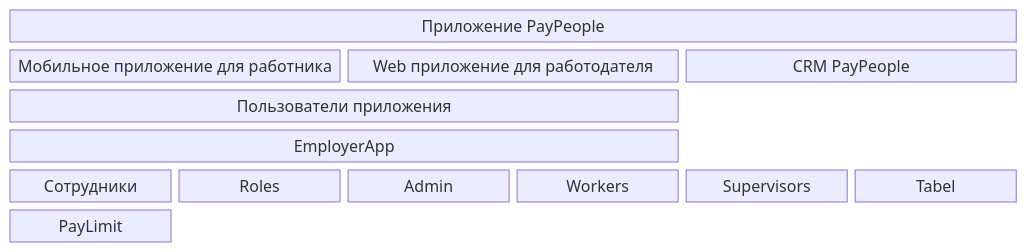
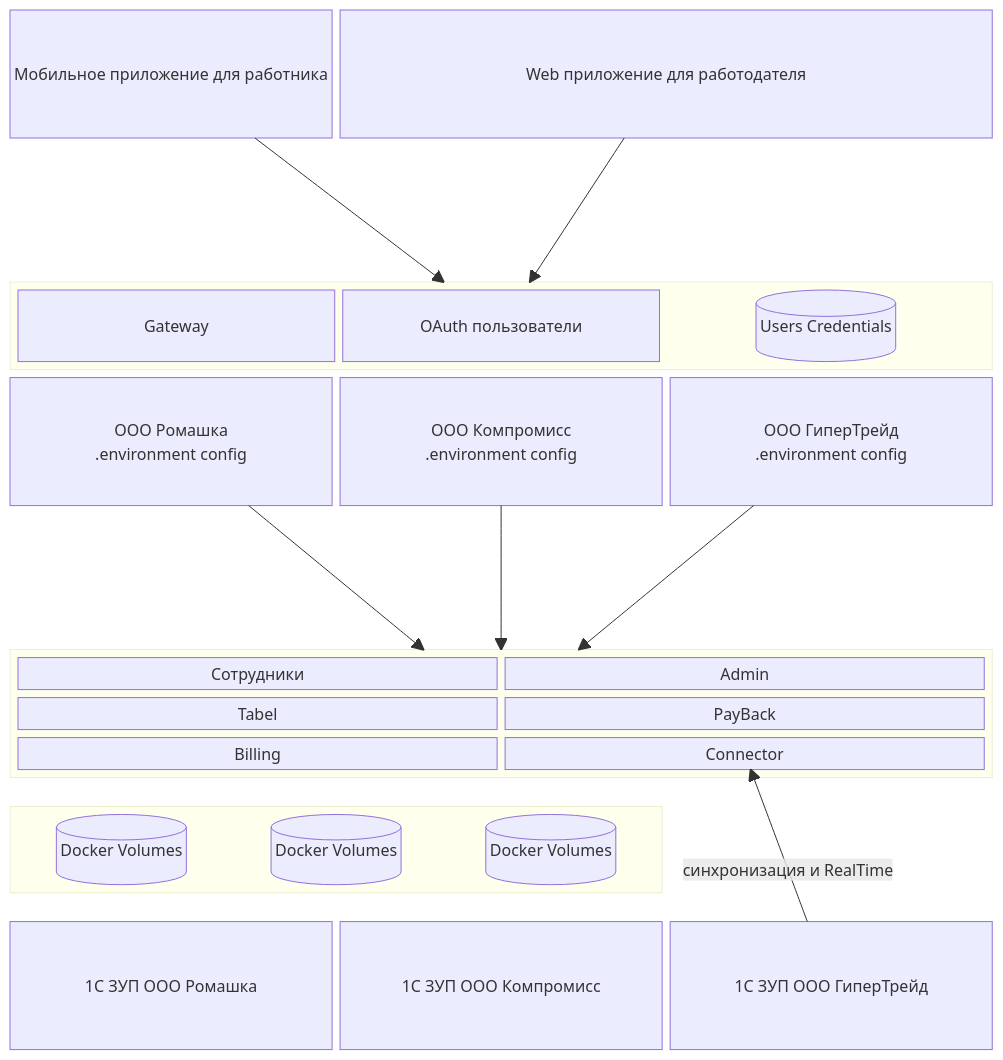
One commit to lisichkinuriy/test changed the diagram in EventDriven/4.context.md. Above: the diagram before and after it, drawn with Mermaid. The commit also changed 7 other files, not shown here.

````diff
--- a/EventDriven/4.context.md
+++ b/EventDriven/4.context.md
@@ -2,22 +2,49 @@
 ```mermaid
 
 
 block-beta
-    columns 6
+    columns 3
 
+    Mobile["Мобильное приложение для работника"]
+    EmployerFrontend["Web приложение для работодателя"]:2
+    space:3
 
-    App["Приложение PayPeople"]:6
-    Mobile["Мобильное приложение для работника"]:2
-    EmployerFrontend["Web приложение для работодателя"]:2
-    CRM["CRM PayPeople"]:2
-    Users["Пользователи приложения"]:4 space:2
-    
+    block:paypeople:3
+        columns 4
+        Gateway
+        OAuth["OAuth пользователи"]
+        Authenitcation[("Users Credentials")]
+    end
 
-    
-        EmployerApp:4 space:2
-        Сотрудники Roles Admin Workers Supervisors Tabel 
-                PayLimit
-    
-    
+    App1["ООО Ромашка<br/>.environment config"]
+    App2["ООО Компромисс<br/>.environment config"]
+    App3["ООО ГиперТрейд<br/>.environment config"] 
 
+    space:3
+
+    block:modules:3
+        columns 2       
+        Сотрудники Admin Tabel PayBack Billing Connector
+    end
+
+    block:volumes:2
+        DB1[("Docker Volumes")] 
+        DB2[("Docker Volumes")]
+        DB3[("Docker Volumes")]
+    end
+
+    space
+
+    ЗУП1["1C ЗУП ООО Ромашка"]
+    ЗУП2["1C ЗУП ООО Компромисс"]
+    ЗУП3["1C ЗУП ООО ГиперТрейд"]
+
+    Mobile --> paypeople
+    EmployerFrontend --> paypeople
+
+    App1 --> modules
+    App2 --> modules
+    App3 --> modules
+
+    ЗУП3 -- "синхронизация и RealTime" --> Connector
 ```
````
